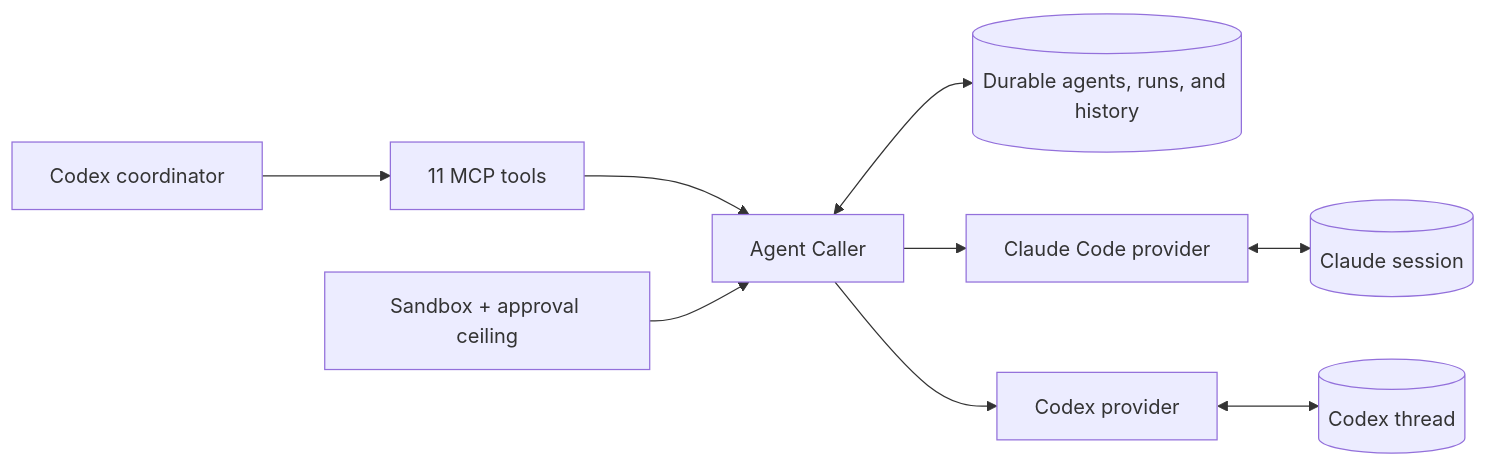
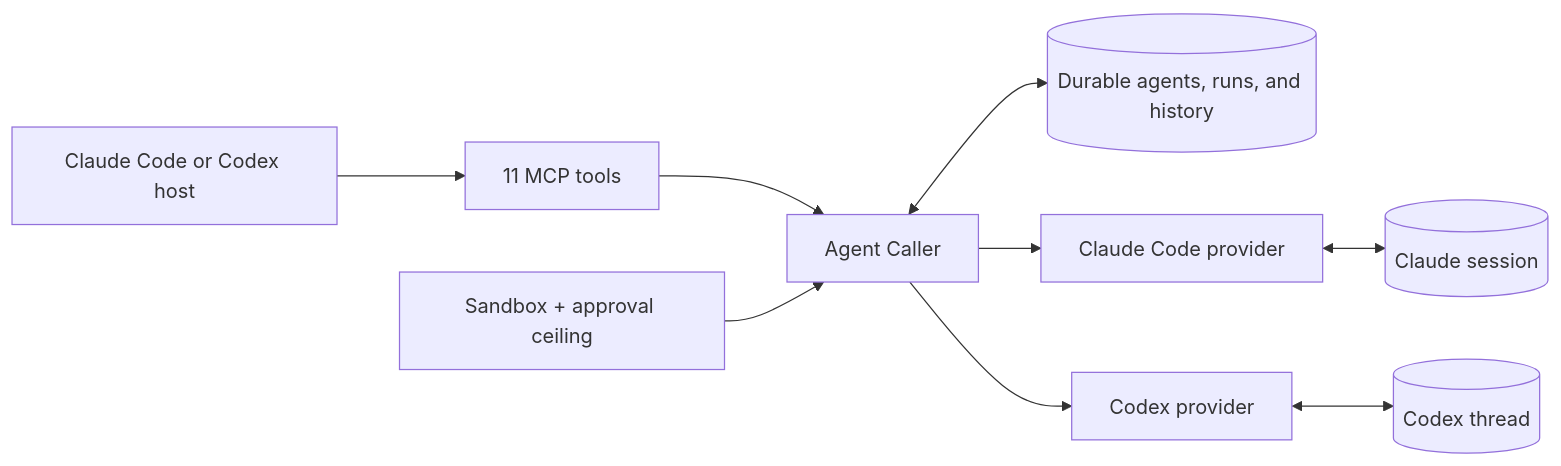
The diagram in README.md (Johnny-xuan/Agent-Caller), drawn with Mermaid before and after one commit. The commit also changed other lines of this file and 26 other files, not shown here.

````diff
--- a/README.md
+++ b/README.md
@@ -128,14 +212,14 @@
 ```mermaid
 flowchart LR
-    Lead["Codex coordinator"] --> MCP["11 MCP tools"]
+    Lead["Claude Code or Codex host"] --> MCP["11 MCP tools"]
     MCP --> Caller["Agent Caller"]
 
     Policy["Sandbox + approval ceiling"] --> Caller
     Caller <--> Store[("Durable agents, runs, and history")]
 
     Caller --> ClaudeAdapter["Claude Code provider"]
     Caller --> CodexAdapter["Codex provider"]
 
     ClaudeAdapter <--> ClaudeSession[("Claude session")]
     CodexAdapter <--> CodexThread[("Codex thread")]
 ```
````
